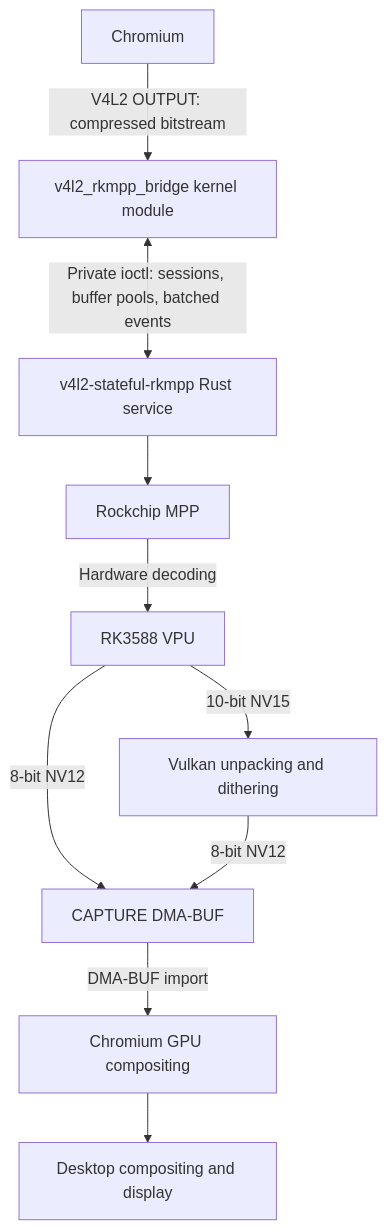
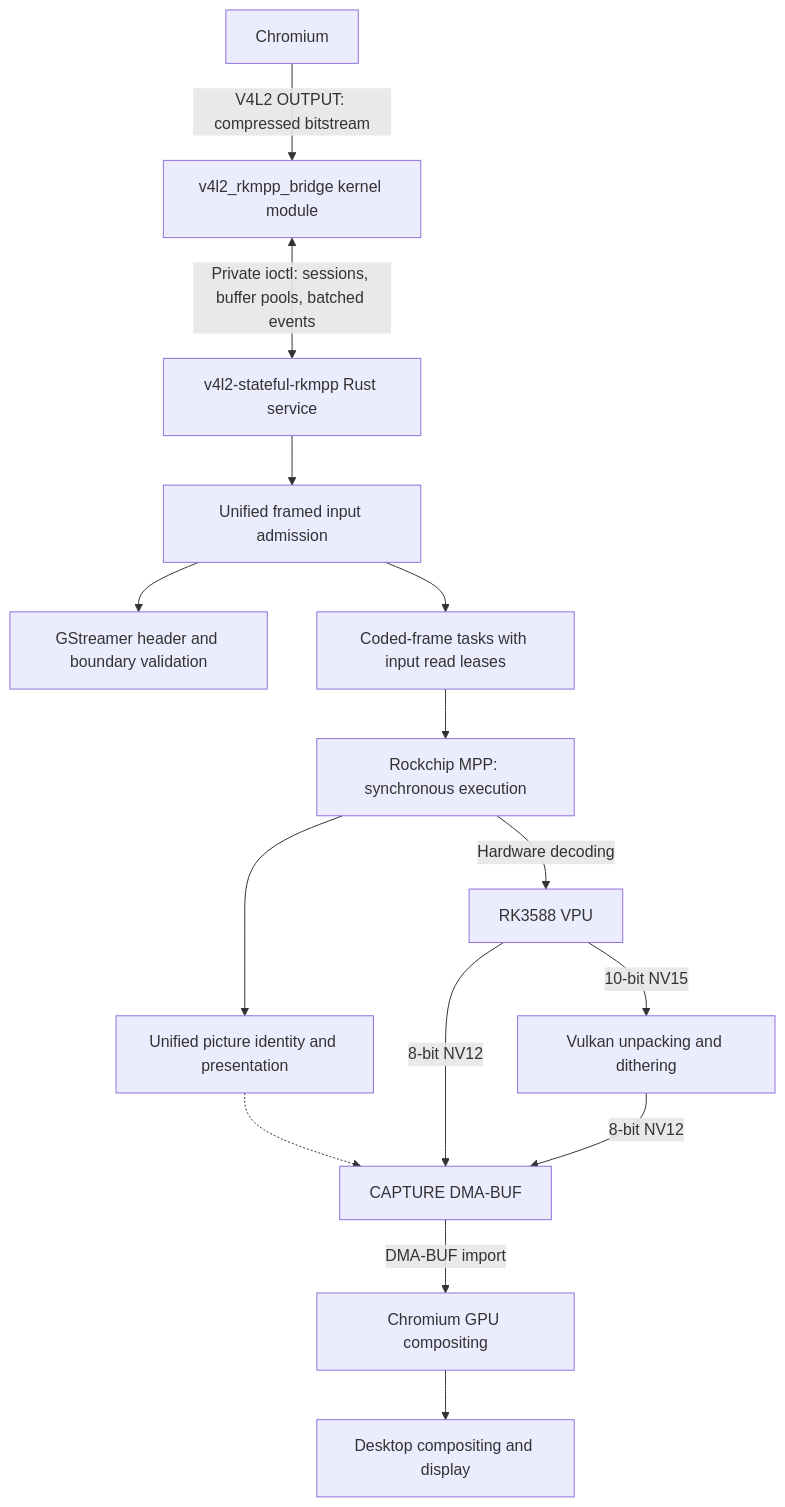
One commit to abadcafe/v4l2-stateful-rkmpp changed the diagram in README.en.md. Above: the diagram before and after it, drawn with Mermaid. The commit also changed other lines of this file and 214 other files, not shown here.

````diff
--- a/README.en.md
+++ b/README.en.md
@@ -13,12 +13,17 @@
 ```mermaid
 flowchart TD
     Chromium[Chromium] -->|V4L2 OUTPUT: compressed bitstream| Kernel[v4l2_rkmpp_bridge kernel module]
     Kernel <-->|Private ioctl: sessions, buffer pools, batched events| Service[v4l2-stateful-rkmpp Rust service]
-    Service --> MPP[Rockchip MPP]
+    Service --> Frontend[Unified framed input admission]
+    Frontend --> Headers[GStreamer header and boundary validation]
+    Frontend --> Tasks[Coded-frame tasks with input read leases]
+    Tasks --> MPP[Rockchip MPP: synchronous execution]
+    MPP --> Presentation[Unified picture identity and presentation]
     MPP -->|Hardware decoding| VPU[RK3588 VPU]
+    Presentation -.-> Capture
     VPU -->|8-bit NV12| Capture[CAPTURE DMA-BUF]
     VPU -->|10-bit NV15| Vulkan[Vulkan unpacking and dithering]
     Vulkan -->|8-bit NV12| Capture
     Capture -->|DMA-BUF import| GPU[Chromium GPU compositing]
     GPU --> Display[Desktop compositing and display]
 ```
````
